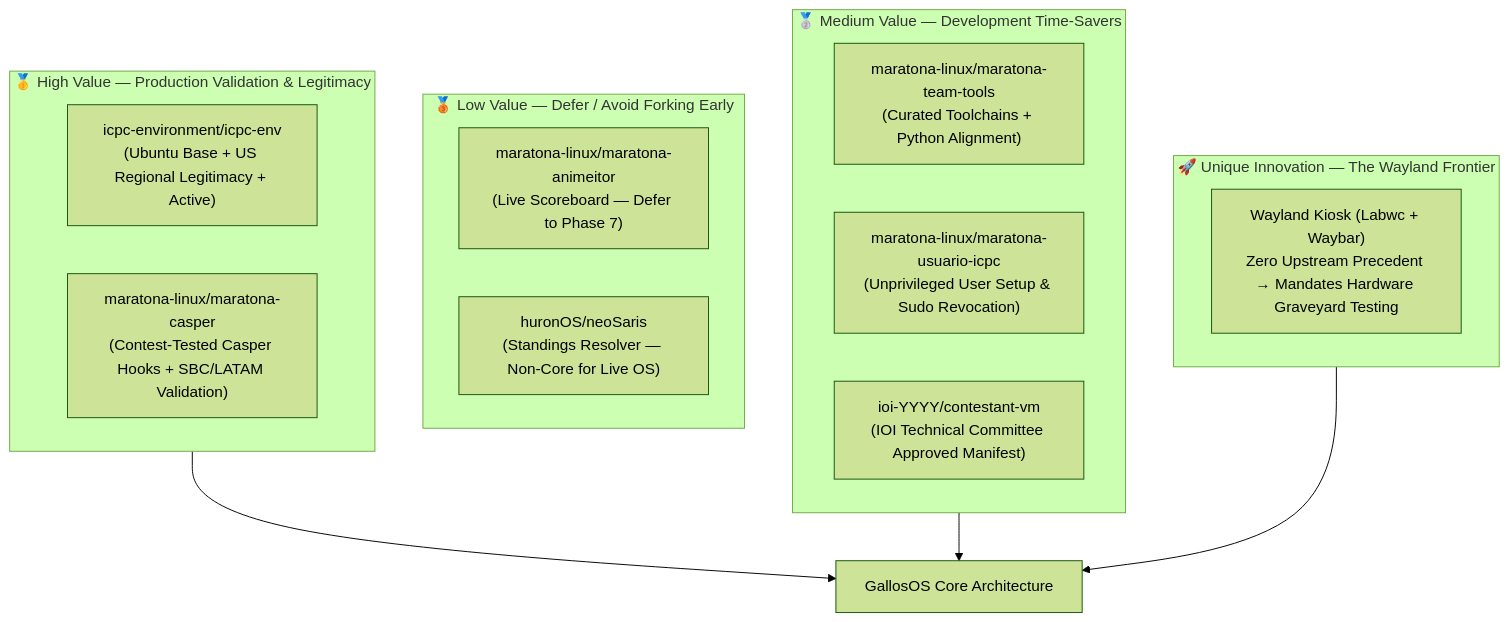
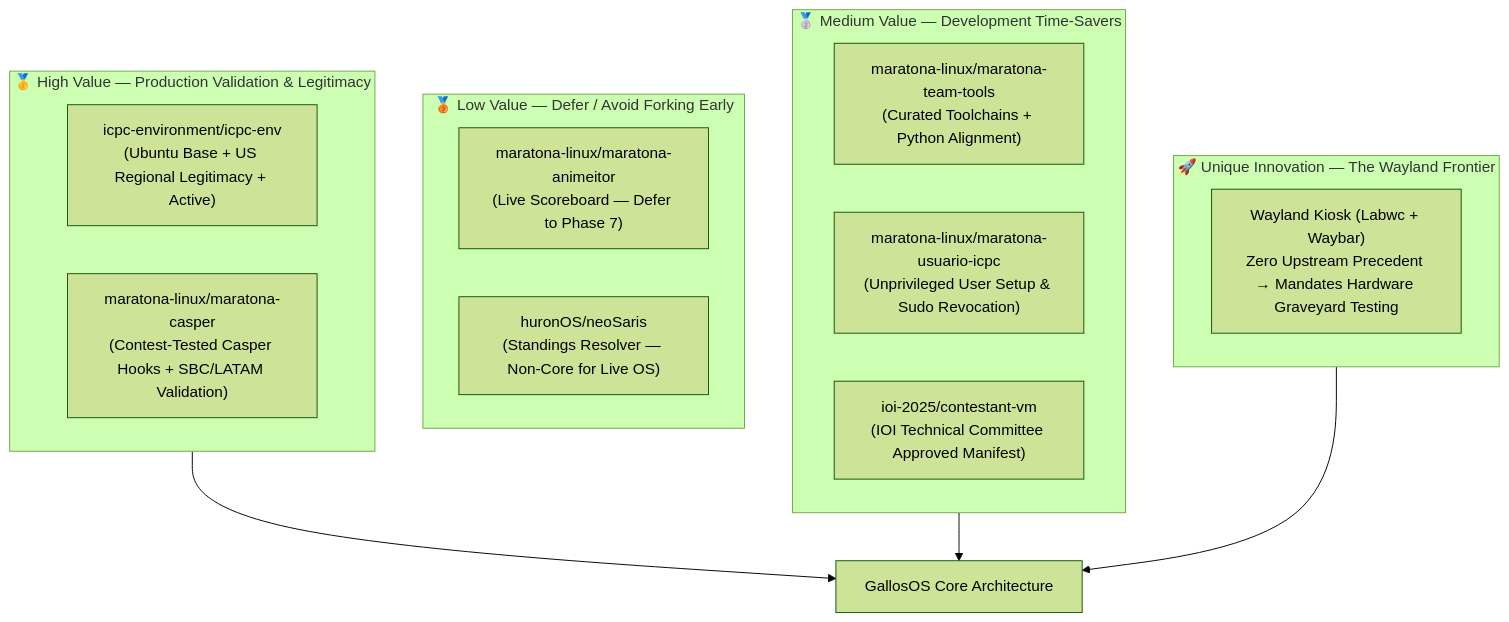
One commit to CPC-GALLOS/GallosOS changed the diagram in docs/COMPARATIVE_ANALYSIS.md. Above: the diagram before and after it, drawn with Mermaid (forest theme). The commit also changed other lines of this file and 5 other files, not shown here.

````diff
--- a/docs/COMPARATIVE_ANALYSIS.md
+++ b/docs/COMPARATIVE_ANALYSIS.md
@@ -391,26 +391,26 @@
 ```mermaid
 graph TD
     subgraph Tier1 ["🥇 High Value — Production Validation & Legitimacy"]
         ICPC_ENV["icpc-environment/icpc-env<br/>(Ubuntu Base + US Regional Legitimacy + Active)"]
         MARATONA_CASPER["maratona-linux/maratona-casper<br/>(Contest-Tested Casper Hooks + SBC/LATAM Validation)"]
     end
 
     subgraph Tier2 ["🥈 Medium Value — Development Time-Savers"]
         MARATONA_TOOLS["maratona-linux/maratona-team-tools<br/>(Curated Toolchains + Python Alignment)"]
         MARATONA_USER["maratona-linux/maratona-usuario-icpc<br/>(Unprivileged User Setup & Sudo Revocation)"]
-        IOI_VM["ioi-YYYY/contestant-vm<br/>(IOI Technical Committee Approved Manifest)"]
+        IOI_VM["ioi-2025/contestant-vm<br/>(IOI Technical Committee Approved Manifest)"]
     end
 
     subgraph Tier3 ["🥉 Low Value — Defer / Avoid Forking Early"]
         MARATONA_ANIMEITOR["maratona-linux/maratona-animeitor<br/>(Live Scoreboard — Defer to Phase 7)"]
         NEOSARIS["huronOS/neoSaris<br/>(Standings Resolver — Non-Core for Live OS)"]
     end
 
     subgraph Innovation ["🚀 Unique Innovation — The Wayland Frontier"]
         WAYLAND["Wayland Kiosk (Labwc + Waybar)<br/>Zero Upstream Precedent → Mandates Hardware Graveyard Testing"]
     end
 
     Tier1 --> GallosOS_Core["GallosOS Core Architecture"]
     Tier2 --> GallosOS_Core
     Innovation --> GallosOS_Core
 ```
````
